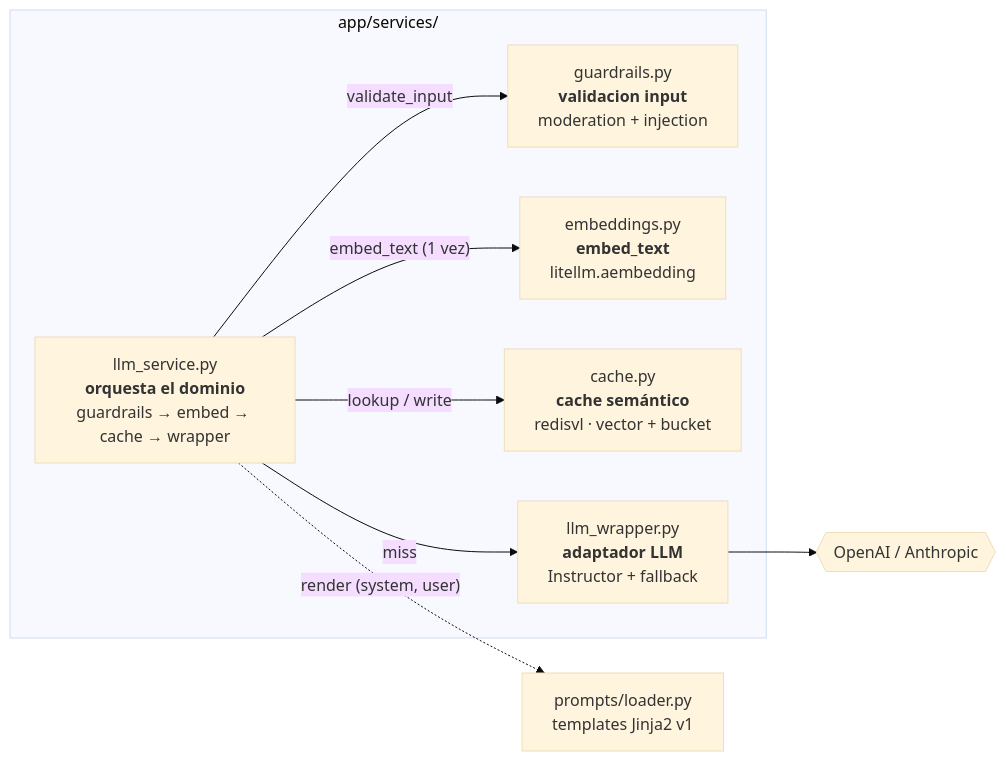
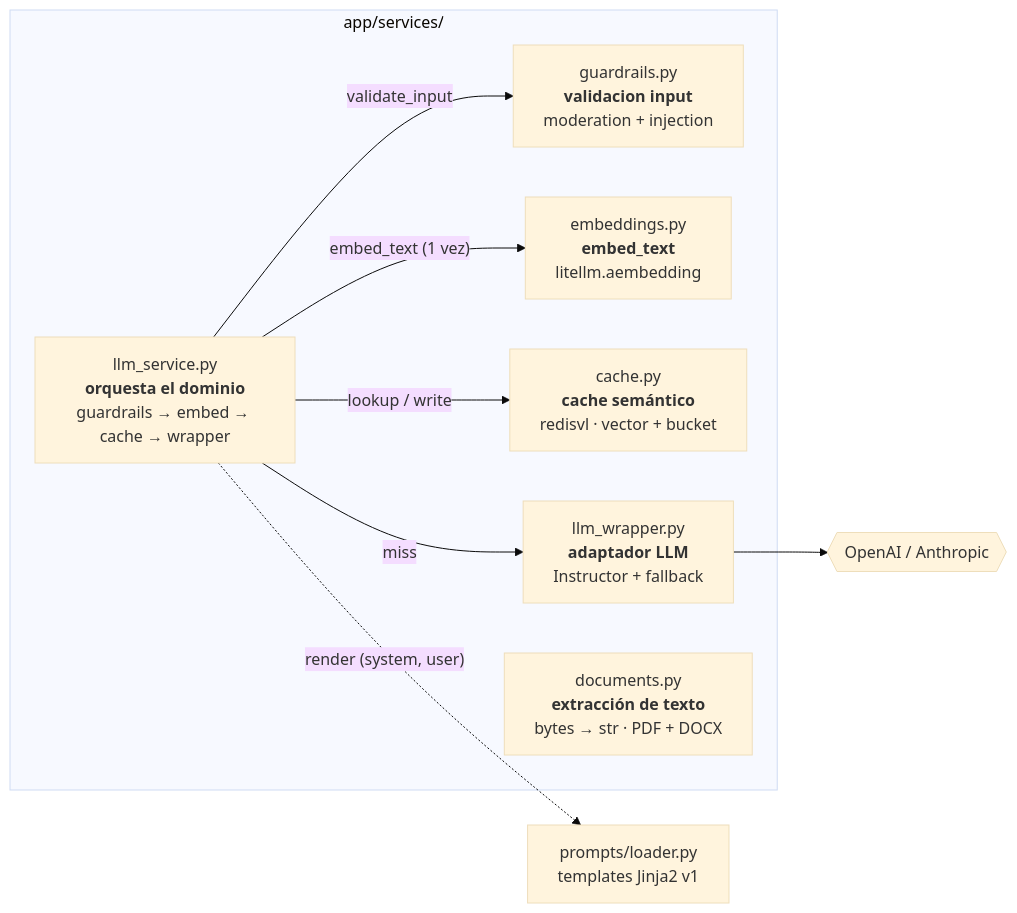
The fourth of 11 diagrams in ARCHITECTURE.md (salvalcaraz080/LIDR-RAG-master), drawn with Mermaid (base theme) before and after one commit. The commit also changed other lines of this file and 6 other files, not shown here.

````diff
--- a/ARCHITECTURE.md
+++ b/ARCHITECTURE.md
@@ -301,18 +302,19 @@
 ```mermaid
 flowchart LR
     subgraph services["app/services/"]
         ls["llm_service.py<br/><b>orquesta el dominio</b><br/>guardrails → embed → cache → wrapper"]
         gr["guardrails.py<br/><b>validacion input</b><br/>moderation + injection"]
         em["embeddings.py<br/><b>embed_text</b><br/>litellm.aembedding"]
         ca["cache.py<br/><b>cache semántico</b><br/>redisvl · vector + bucket"]
         lw["llm_wrapper.py<br/><b>adaptador LLM</b><br/>Instructor + fallback"]
+        dc["documents.py<br/><b>extracción de texto</b><br/>bytes → str · PDF + DOCX"]
     end
     prompts["prompts/loader.py<br/>templates Jinja2 v1"]
 
     ls -->|"validate_input"| gr
     ls -->|"embed_text (1 vez)"| em
     ls -->|"lookup / write"| ca
     ls -->|"miss"| lw
     ls -.->|"render (system, user)"| prompts
     lw --> prov{{"OpenAI / Anthropic"}}
 ```
````
